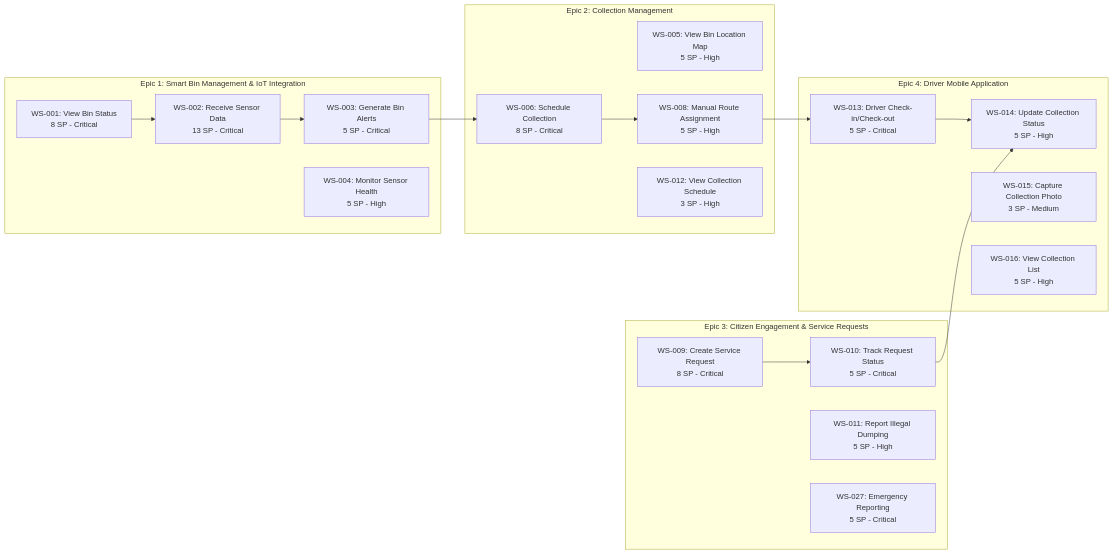
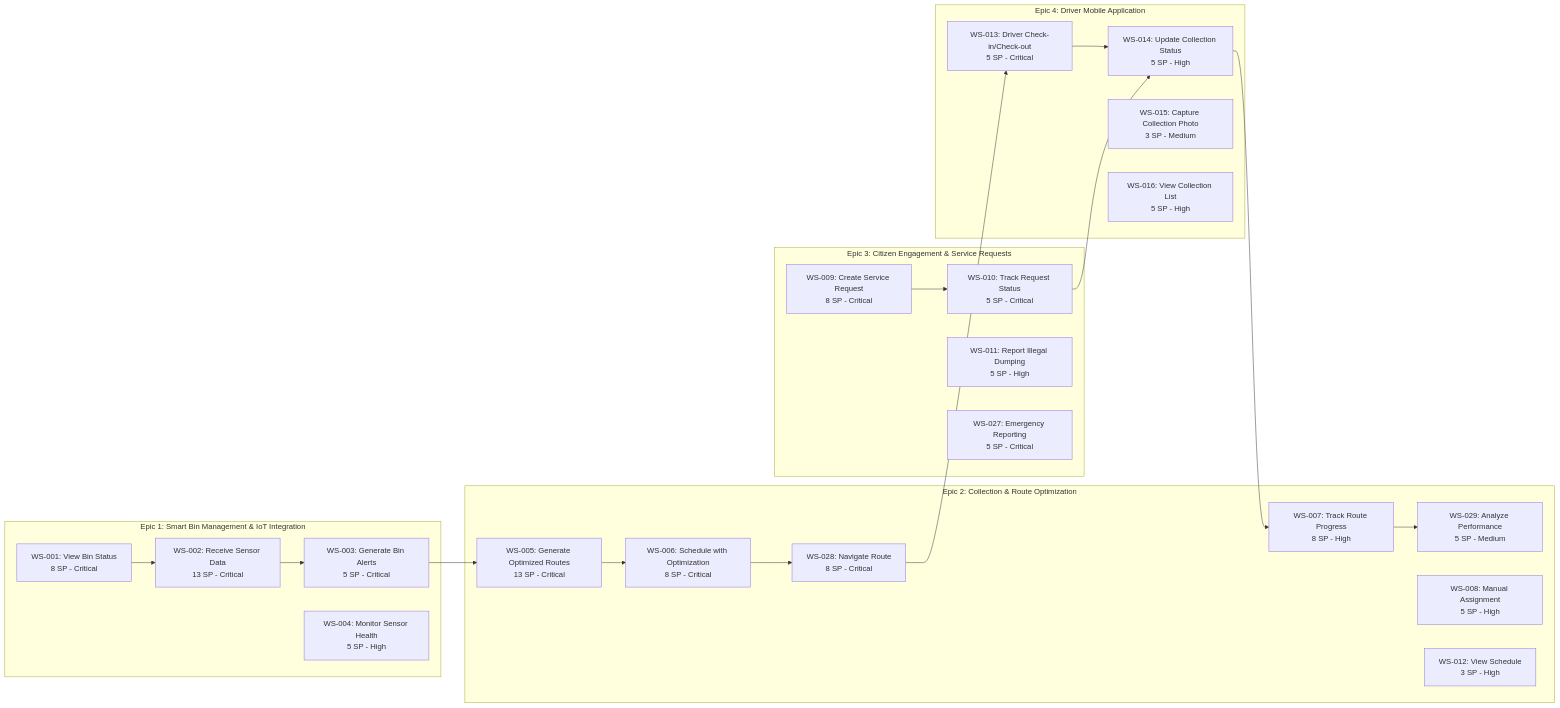
The fourth of 8 diagrams in documentation/wasgo-user-stories.md (Ellis-Ayikwei/waste-wise), drawn with Mermaid before and after one commit. The commit also changed other lines of this file and 4 other files, not shown here.

Commit message:
Add route optimization features and documentation

````diff
--- a/documentation/wasgo-user-stories.md
+++ b/documentation/wasgo-user-stories.md
@@ -139,39 +139,45 @@
 ```mermaid
 graph LR
     subgraph "Epic 1: Smart Bin Management & IoT Integration"
         WS001[WS-001: View Bin Status<br/>8 SP - Critical]
         WS002[WS-002: Receive Sensor Data<br/>13 SP - Critical]
         WS003[WS-003: Generate Bin Alerts<br/>5 SP - Critical]
         WS004[WS-004: Monitor Sensor Health<br/>5 SP - High]
     end
     
-    subgraph "Epic 2: Collection Management"
-        WS005[WS-005: View Bin Location Map<br/>5 SP - High]
-        WS006[WS-006: Schedule Collection<br/>8 SP - Critical]
-        WS008[WS-008: Manual Route Assignment<br/>5 SP - High]
-        WS012[WS-012: View Collection Schedule<br/>3 SP - High]
+    subgraph "Epic 2: Collection & Route Optimization"
+        WS005[WS-005: Generate Optimized Routes<br/>13 SP - Critical]
+        WS006[WS-006: Schedule with Optimization<br/>8 SP - Critical]
+        WS007[WS-007: Track Route Progress<br/>8 SP - High]
+        WS028[WS-028: Navigate Route<br/>8 SP - Critical]
+        WS029[WS-029: Analyze Performance<br/>5 SP - Medium]
+        WS008[WS-008: Manual Assignment<br/>5 SP - High]
+        WS012[WS-012: View Schedule<br/>3 SP - High]
     end
     
     subgraph "Epic 3: Citizen Engagement & Service Requests"
         WS009[WS-009: Create Service Request<br/>8 SP - Critical]
         WS010[WS-010: Track Request Status<br/>5 SP - Critical]
         WS011[WS-011: Report Illegal Dumping<br/>5 SP - High]
         WS027[WS-027: Emergency Reporting<br/>5 SP - Critical]
     end
     
     subgraph "Epic 4: Driver Mobile Application"
         WS013[WS-013: Driver Check-in/Check-out<br/>5 SP - Critical]
         WS014[WS-014: Update Collection Status<br/>5 SP - High]
         WS015[WS-015: Capture Collection Photo<br/>3 SP - Medium]
         WS016[WS-016: View Collection List<br/>5 SP - High]
     end
     
     WS001 --> WS002
     WS002 --> WS003
-    WS003 --> WS006
-    WS006 --> WS008
-    WS008 --> WS013
+    WS003 --> WS005
+    WS005 --> WS006
+    WS006 --> WS028
+    WS028 --> WS013
     WS013 --> WS014
+    WS014 --> WS007
+    WS007 --> WS029
     WS009 --> WS010
     WS010 --> WS014
 ```
````
